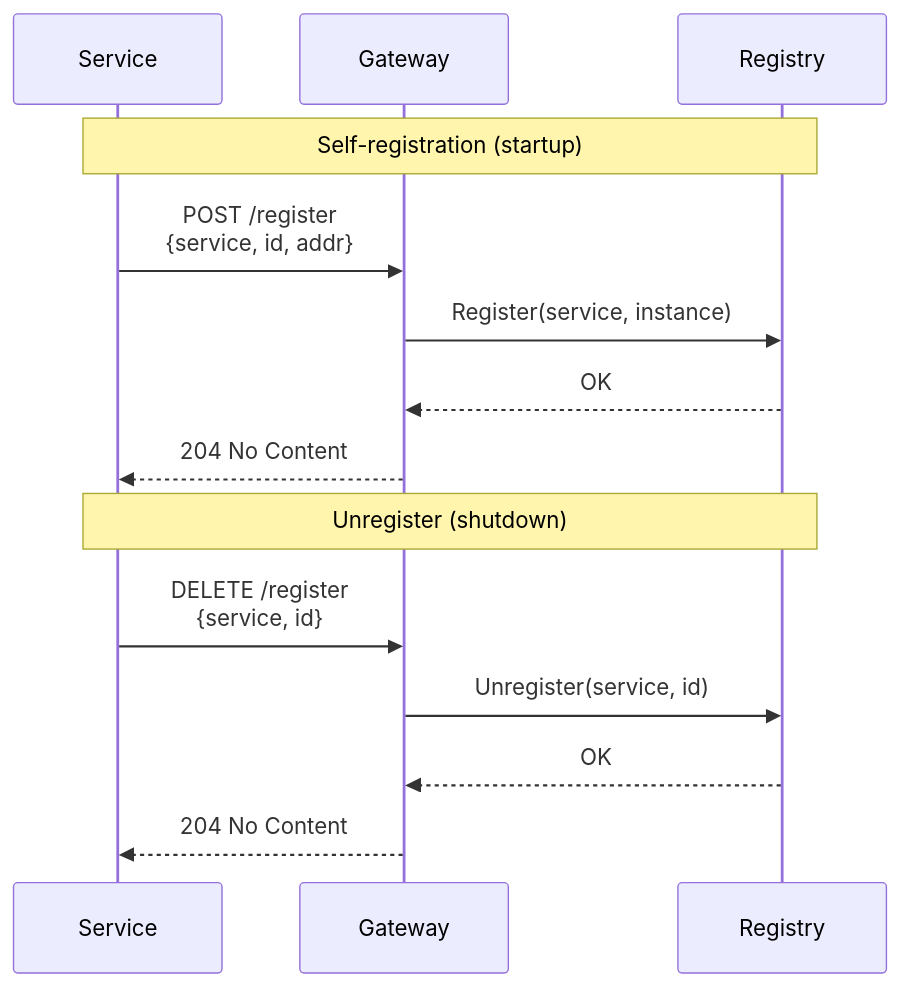
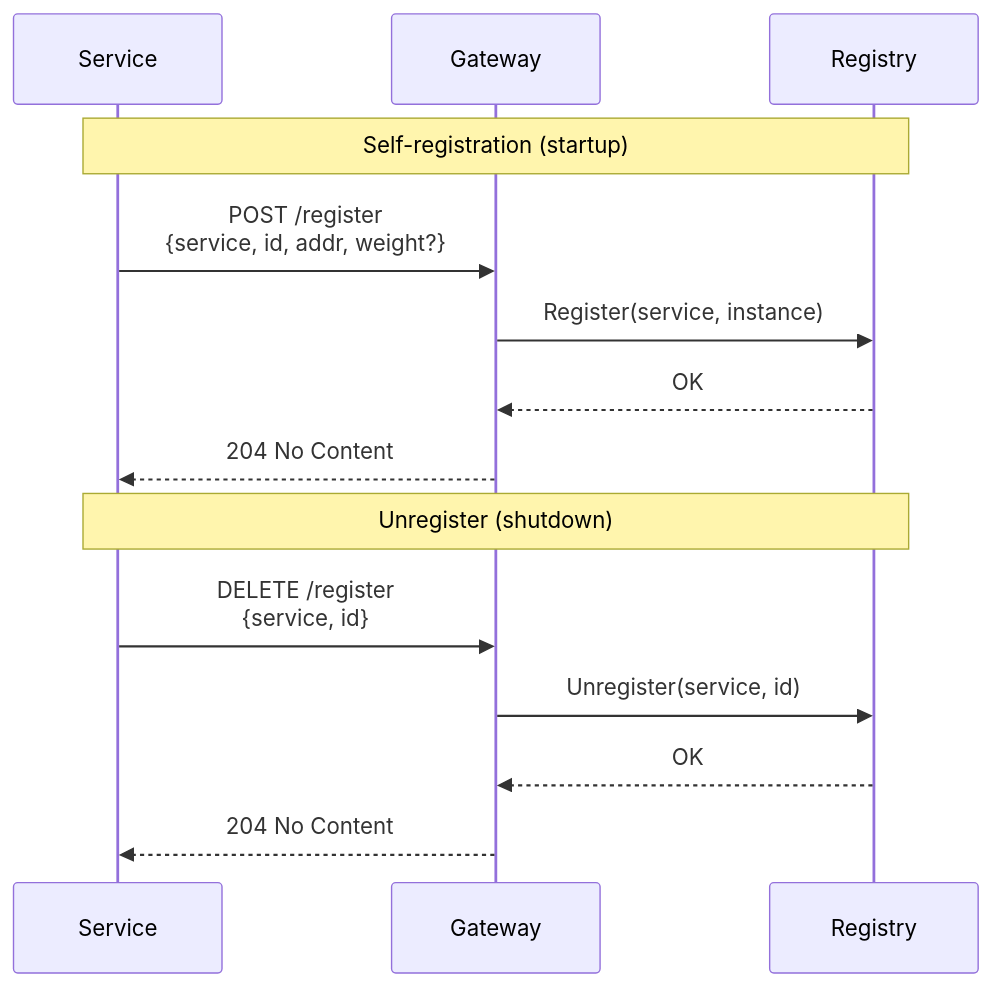
Before and after one commit to noauthnecessary/kerberos: the third of 5 diagrams in README.md, drawn with Mermaid. The commit also changed other lines of this file and 7 other files, not shown here.

````diff
--- a/README.md
+++ b/README.md
@@ -52,18 +53,18 @@
 ```mermaid
 sequenceDiagram
     participant S as Service
     participant G as Gateway
     participant R as Registry
 
     Note over S,R: Self-registration (startup)
-    S->>G: POST /register<br/>{service, id, addr}
+    S->>G: POST /register<br/>{service, id, addr, weight?}
     G->>R: Register(service, instance)
     R-->>G: OK
     G-->>S: 204 No Content
 
     Note over S,R: Unregister (shutdown)
     S->>G: DELETE /register<br/>{service, id}
     G->>R: Unregister(service, id)
     R-->>G: OK
     G-->>S: 204 No Content
 ```
````
